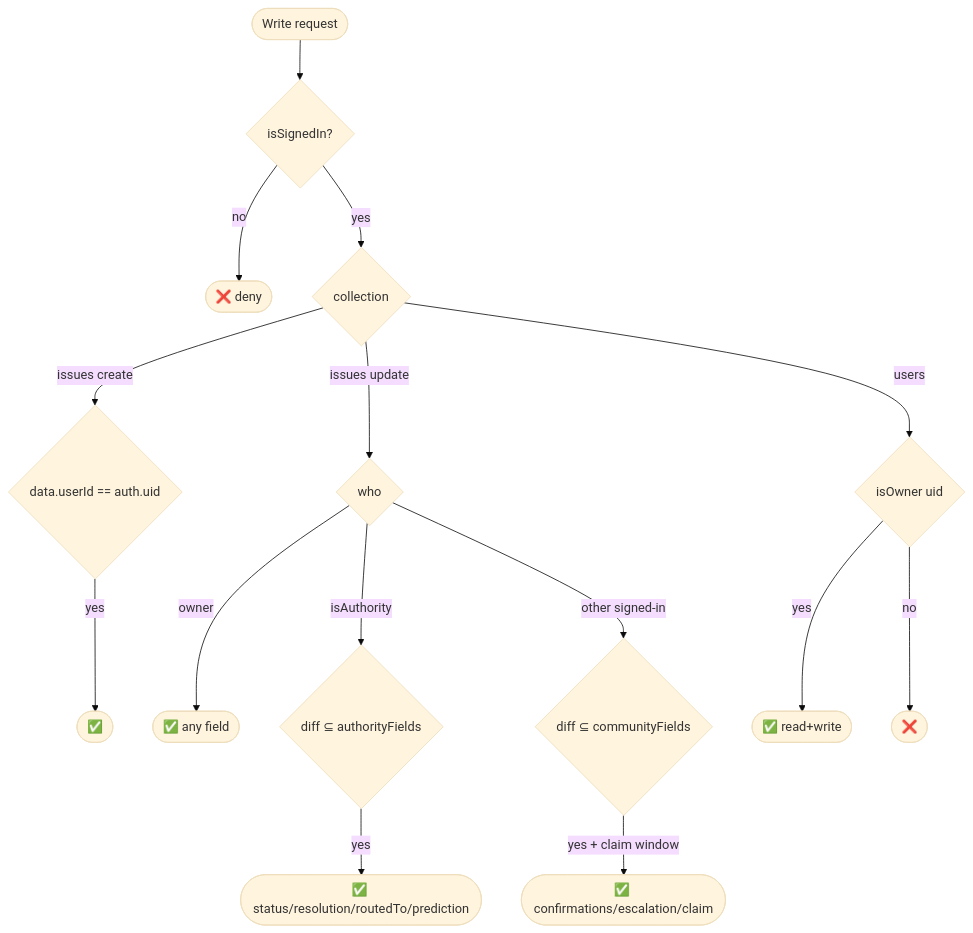
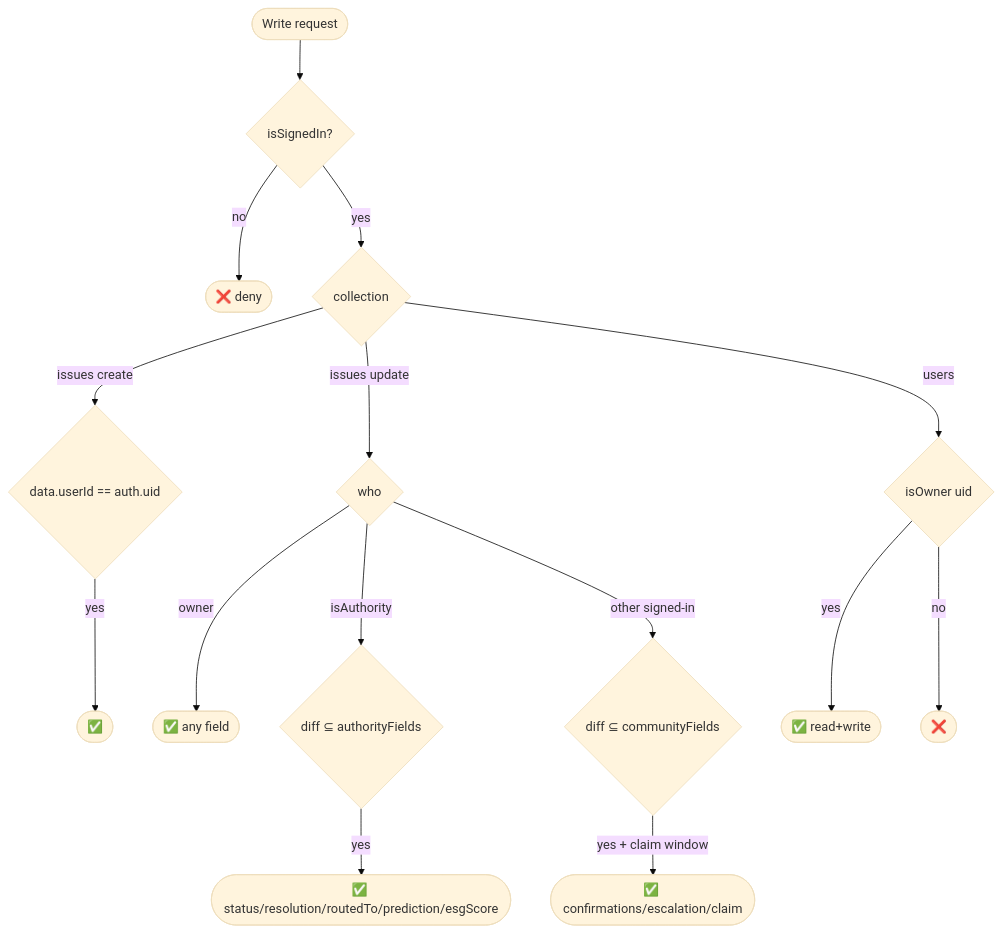
One commit to siddhesh8k/janashakti changed diagram 14 of 15 in docs/ARCHITECTURE.md. Above: the diagram before and after it, drawn with Mermaid (base theme). The commit also changed other lines of this file and 112 other files, not shown here.

````diff
--- a/docs/ARCHITECTURE.md
+++ b/docs/ARCHITECTURE.md
@@ -928,19 +960,19 @@
 ```mermaid
 flowchart TB
     Req([Write request]) --> Signed{isSignedIn?}
     Signed -->|no| Deny([❌ deny])
     Signed -->|yes| Coll{collection}
 
     Coll -->|issues create| Own1{data.userId == auth.uid}
     Own1 -->|yes| Allow1([✅])
     Coll -->|issues update| Who{who}
     Who -->|owner| AllowO([✅ any field])
     Who -->|isAuthority| AF{diff ⊆ authorityFields}
-    AF -->|yes| AllowA([✅ status/resolution/routedTo/prediction])
+    AF -->|yes| AllowA([✅ status/resolution/routedTo/prediction/esgScore])
     Who -->|other signed-in| CF{diff ⊆ communityFields}
     CF -->|yes + claim window| AllowC([✅ confirmations/escalation/claim])
 
     Coll -->|users| OwnU{isOwner uid}
     OwnU -->|yes| AllowU([✅ read+write])
     OwnU -->|no| DenyU([❌])
 ```
````
